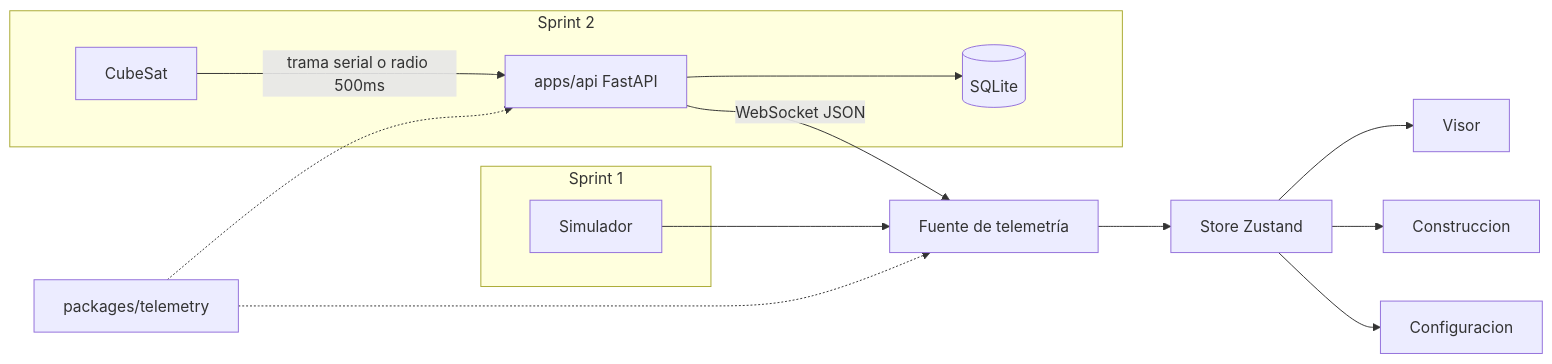
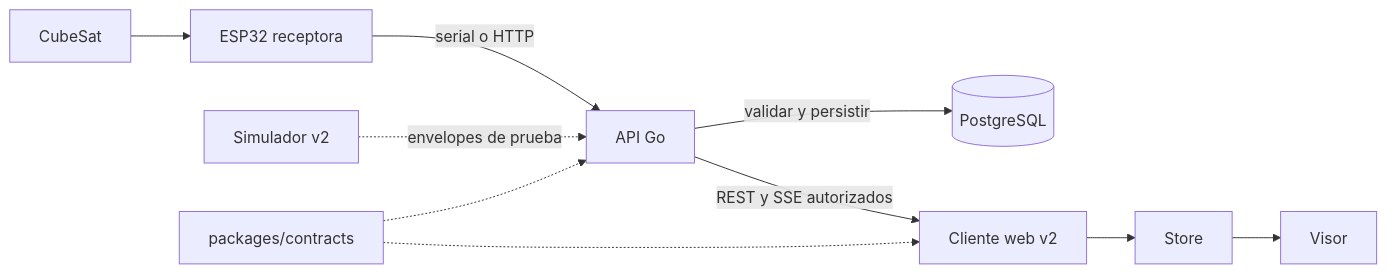
Before and after one commit to Edwarmkaer/cubeos: the diagram in docs/architecture.md, drawn with Mermaid. The commit also changed other lines of this file and 35 other files, not shown here.

Commit message:
feat: add Chasqui v2 contracts and deterministic replay

````diff
--- a/docs/architecture.md
+++ b/docs/architecture.md
@@ -7,21 +35,12 @@
 ```mermaid
 flowchart LR
-  subgraph sprint1 [Sprint 1]
-    Sim[Simulador]
-  end
-  subgraph sprint2 [Sprint 2]
-    HW[CubeSat]
-    API[apps/api FastAPI]
-    DB[(SQLite)]
-    HW -->|trama serial o radio 500ms| API
-    API --> DB
-  end
-  Sim --> Port[Fuente de telemetría]
-  API -->|WebSocket JSON| Port
-  Port --> Store[Store Zustand]
+  Sat[CubeSat] --> Receiver[ESP32 receptora]
+  Receiver -->|serial o HTTP| API[API Go]
+  Replay[Simulador v2] -.->|envelopes de prueba| API
+  API -->|validar y persistir| DB[(PostgreSQL)]
+  API -->|REST y SSE autorizados| Client[Cliente web v2]
+  Client --> Store[Store]
   Store --> Visor
-  Store --> Construccion
-  Store --> Configuracion
-  Pkg[packages/telemetry] -.-> Port
-  Pkg -.-> API
+  Contracts[packages/contracts] -.-> API
+  Contracts -.-> Client
 ```
````
